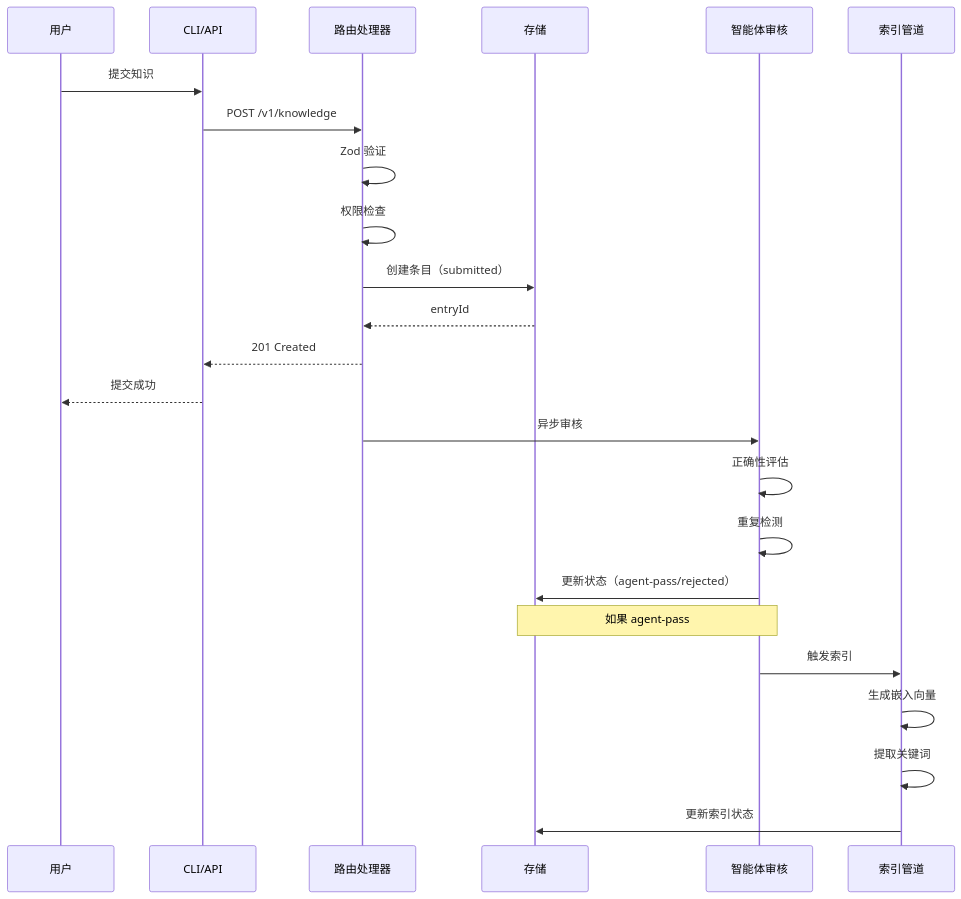
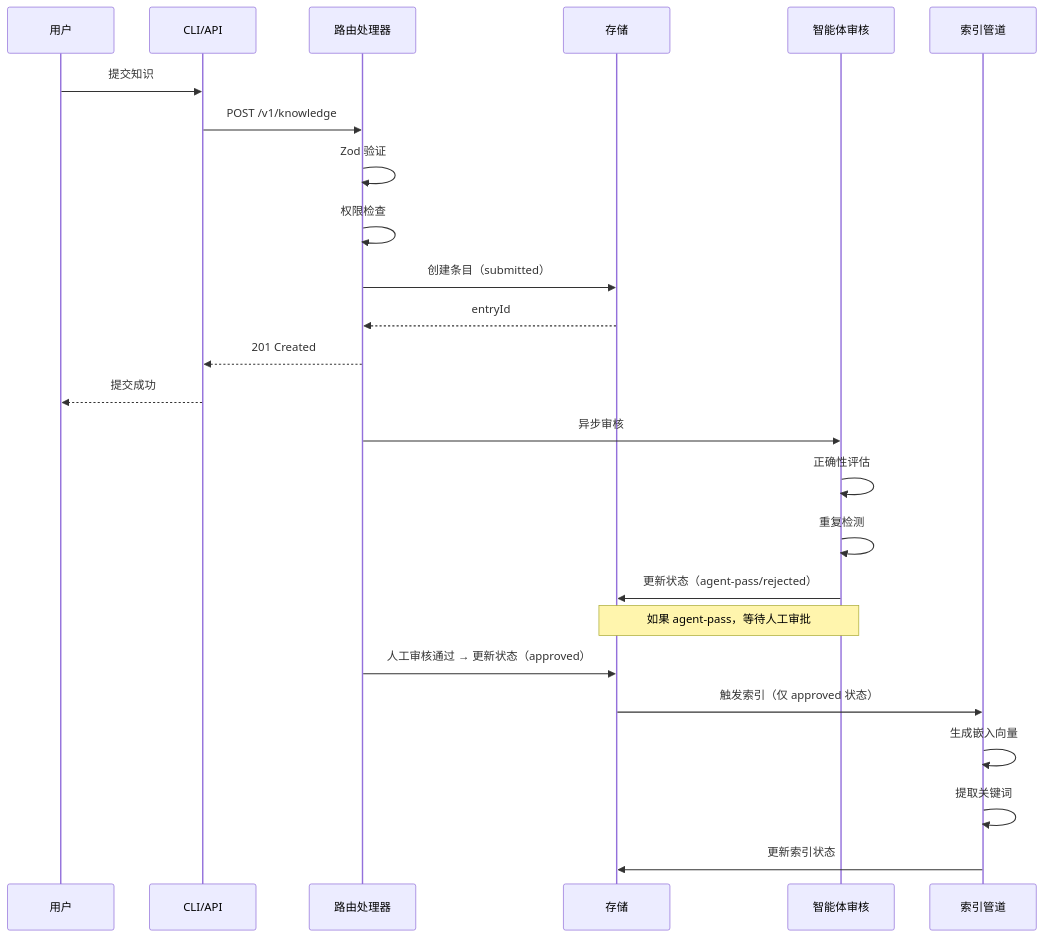
One commit to pofossette/TrapMap-for-vibing changed the second of 10 diagrams in docs/architecture/FLOW.md. Above: the diagram before and after it, drawn with Mermaid. The commit also changed other lines of this file, not shown here.

Commit message:
Update FLOW.md architecture documentation

````diff
--- a/docs/architecture/FLOW.md
+++ b/docs/architecture/FLOW.md
@@ -72,30 +72,31 @@
 ```mermaid
 sequenceDiagram
     participant 用户 as 用户
     participant CLI as CLI/API
     participant 路由 as 路由处理器
     participant 存储 as 存储
     participant 智能体 as 智能体审核
     participant 索引 as 索引管道
 
     用户->>CLI: 提交知识
     CLI->>路由: POST /v1/knowledge
     路由->>路由: Zod 验证
     路由->>路由: 权限检查
     路由->>存储: 创建条目（submitted）
     存储-->>路由: entryId
     路由-->>CLI: 201 Created
     CLI-->>用户: 提交成功
 
     路由->>智能体: 异步审核
     智能体->>智能体: 正确性评估
     智能体->>智能体: 重复检测
     智能体->>存储: 更新状态（agent-pass/rejected）
 
-    Note over 智能体,存储: 如果 agent-pass
+    Note over 智能体,存储: 如果 agent-pass，等待人工审批
 
-    智能体->>索引: 触发索引
+    路由->>存储: 人工审核通过 → 更新状态（approved）
+    存储->>索引: 触发索引（仅 approved 状态）
     索引->>索引: 生成嵌入向量
     索引->>索引: 提取关键词
     索引->>存储: 更新索引状态
 ```
````
